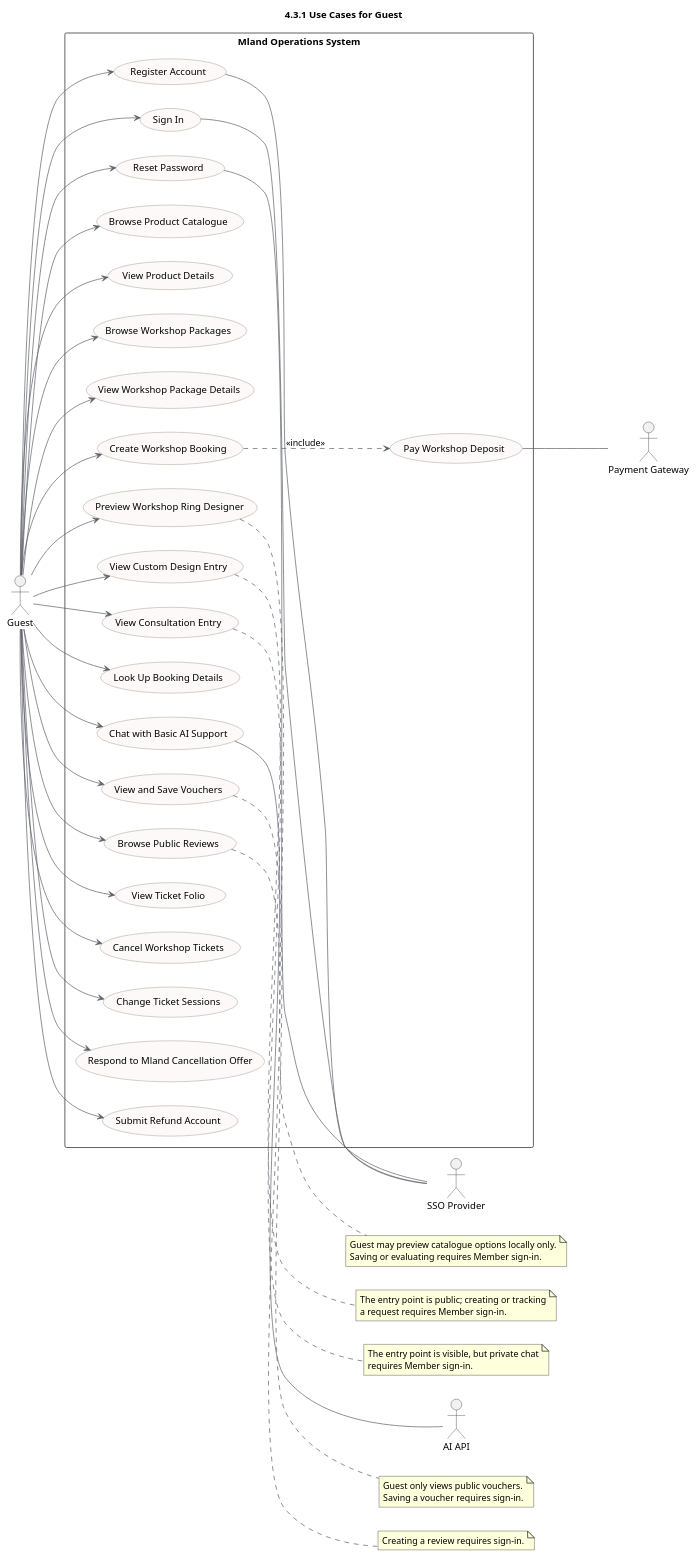
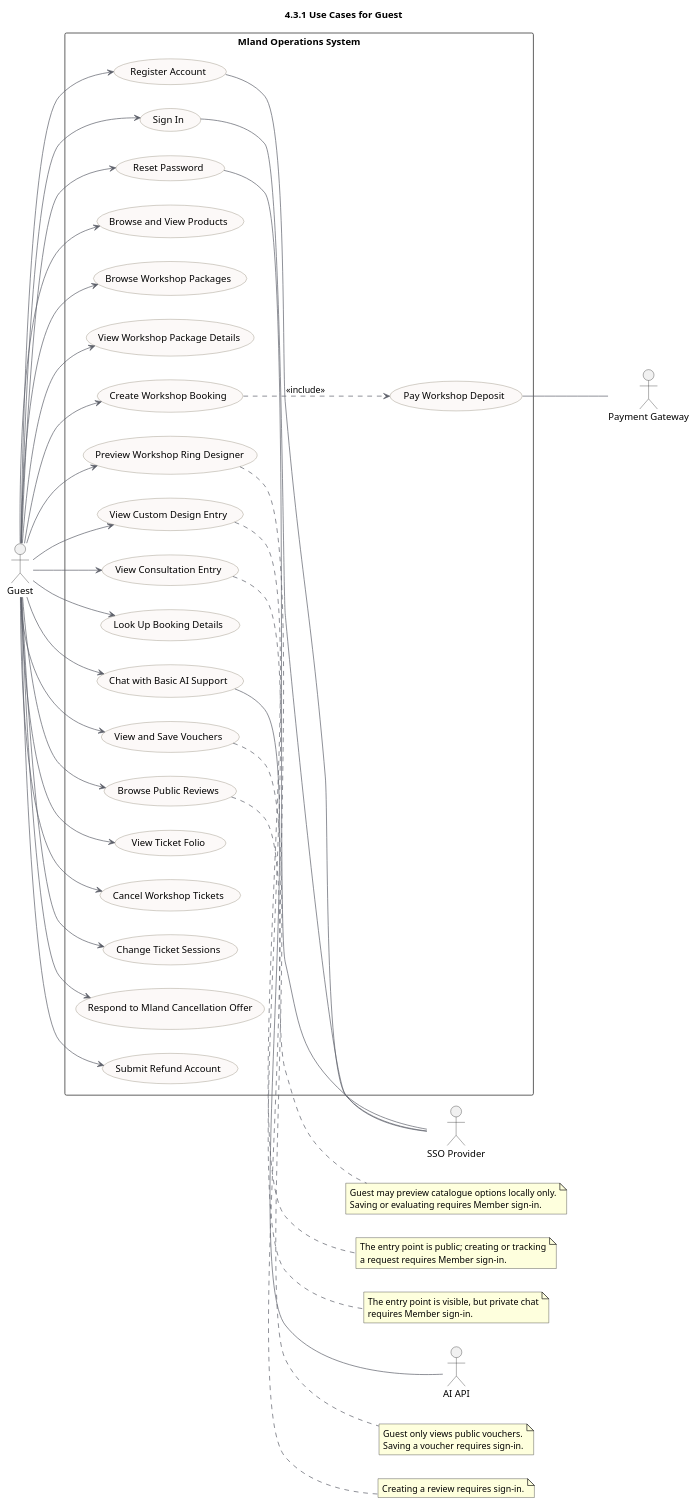
One commit to quoc-ca/mland-operations-hub changed the diagram in documents/docs/report-3-software-requirement-specification/assets/diagrams/use-cases/02-guest-only.puml. Above: the diagram before and after it, drawn with PlantUML. The commit also changed 47 other files, not shown here.

```diff
--- a/documents/docs/report-3-software-requirement-specification/assets/diagrams/use-cases/02-guest-only.puml
+++ b/documents/docs/report-3-software-requirement-specification/assets/diagrams/use-cases/02-guest-only.puml
@@ -1,94 +1,92 @@
 @startuml
 !pragma charset UTF-8
 title 4.3.1 Use Cases for Guest
 left to right direction
 skinparam shadowing false
 skinparam usecase {
   BackgroundColor #FCF9F8
   BorderColor #807663
   ArrowColor #5B5E67
 }
 
 actor Guest
 
 actor "SSO Provider" as SSO
 actor "Payment Gateway" as Pay
 actor "AI API" as AI
 
 rectangle "Mland Operations System" {
   usecase "Register Account" as UC01
   usecase "Sign In" as UC02
   usecase "Reset Password" as UC03
-  usecase "Browse Product Catalogue" as UC10
-  usecase "View Product Details" as UC11
+  usecase "Browse and View Products" as UC10
   usecase "Browse Workshop Packages" as UC19
   usecase "View Workshop Package Details" as UC20
   usecase "Preview Workshop Ring Designer" as UC36P
   usecase "View Custom Design Entry" as UC39P
   usecase "View Consultation Entry" as UC38P
   usecase "Create Workshop Booking" as UC21
   usecase "Pay Workshop Deposit" as UC22
   usecase "Look Up Booking Details" as UC23
   usecase "Chat with Basic AI Support" as UC33
   usecase "View and Save Vouchers" as UC47
   usecase "Browse Public Reviews" as UC74
   usecase "View Ticket Folio" as UC77
   usecase "Cancel Workshop Tickets" as UC84
   usecase "Change Ticket Sessions" as UC85
   usecase "Respond to Mland Cancellation Offer" as UC88
   usecase "Submit Refund Account" as UC89
 }
 
 Guest --> UC01
 Guest --> UC02
 Guest --> UC03
 Guest --> UC10
-Guest --> UC11
 Guest --> UC19
 Guest --> UC20
 Guest --> UC36P
 Guest --> UC39P
 Guest --> UC38P
 Guest --> UC21
 Guest --> UC23
 Guest --> UC33
 Guest --> UC47
 Guest --> UC74
 Guest --> UC77
 Guest --> UC84
 Guest --> UC85
 Guest --> UC88
 Guest --> UC89
 
 UC21 ..> UC22 : <<include>>
 
 UC01 -- SSO
 UC02 -- SSO
 UC03 -- SSO
 UC22 -- Pay
 UC33 -- AI
 
 note right of UC47
 Guest only views public vouchers.
 Saving a voucher requires sign-in.
 end note
 
 note right of UC74
 Creating a review requires sign-in.
 end note
 
 note right of UC36P
 Guest may preview catalogue options locally only.
 Saving or evaluating requires Member sign-in.
 end note
 
 note right of UC39P
 The entry point is public; creating or tracking
 a request requires Member sign-in.
 end note
 
 note right of UC38P
 The entry point is visible, but private chat
 requires Member sign-in.
 end note
 @enduml
```
